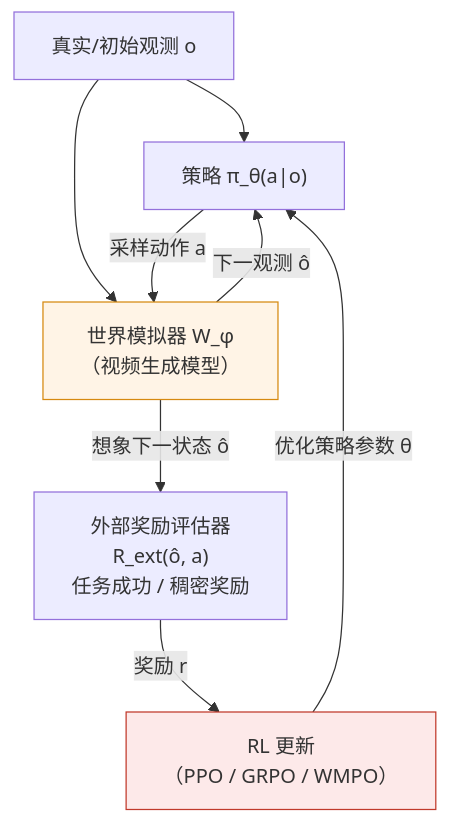
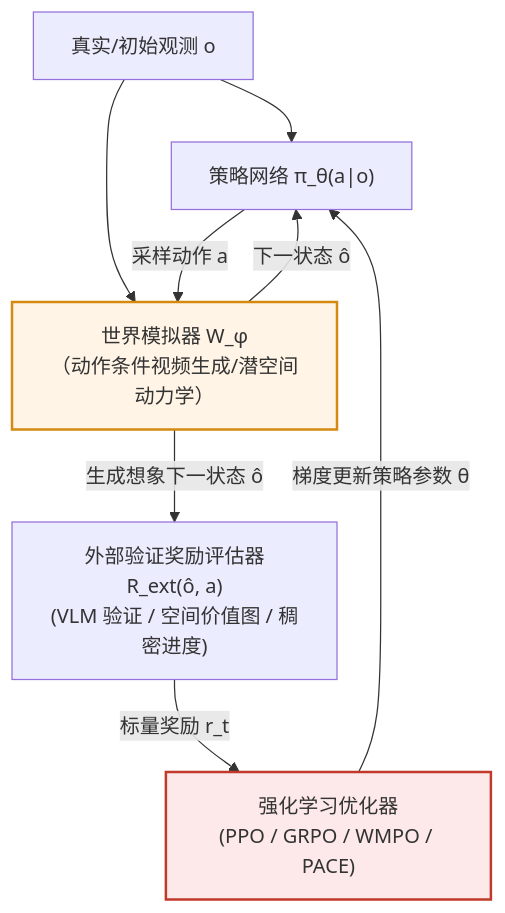
Before and after one commit to TingdeLiu/tingdeliu.github.io: the sixth of 11 diagrams in _posts/research/2026-04-16-World-Models-Survey.md, drawn with Mermaid. The commit also changed other lines of this file and 6 other files, not shown here.

Commit message:
docs(agent): optimize Section 5 memory diagram layout and update world models survey

````diff
--- a/_posts/research/2026-04-16-World-Models-Survey.md
+++ b/_posts/research/2026-04-16-World-Models-Survey.md
@@ -278,16 +435,16 @@
 ```mermaid
 flowchart TB
     O["真实/初始观测 o"] --> Policy
     O --> WS
 
-    Policy["策略 π_θ(a|o)"] -->|"采样动作 a"| WS["世界模拟器 W_φ\n（视频生成模型）"]
+    Policy["策略网络 π_θ(a|o)"] -->|"采样动作 a"| WS["世界模拟器 W_φ\n（动作条件视频生成/潜空间动力学）"]
 
-    WS -->|"想象下一状态 ô"| Reward["外部奖励评估器\nR_ext(ô, a)\n任务成功 / 稠密奖励"]
-    WS -->|"下一观测 ô"| Policy
+    WS -->|"生成想象下一状态 ô"| Reward["外部验证奖励评估器\nR_ext(ô, a)\n(VLM 验证 / 空间价值图 / 稠密进度)"]
+    WS -->|"下一状态 ô"| Policy
 
-    Reward -->|"奖励 r"| RL["RL 更新\n（PPO / GRPO / WMPO）"]
-    RL -->|"优化策略参数 θ"| Policy
+    Reward -->|"标量奖励 r_t"| RL["强化学习优化器\n(PPO / GRPO / WMPO / PACE)"]
+    RL -->|"梯度更新策略参数 θ"| Policy
 
-    style WS fill:#fff4e6,stroke:#d68910
-    style RL fill:#fde9e9,stroke:#c0392b
+    style WS fill:#fff4e6,stroke:#d68910,stroke-width:2px
+    style RL fill:#fde9e9,stroke:#c0392b,stroke-width:2px
 ```
````
